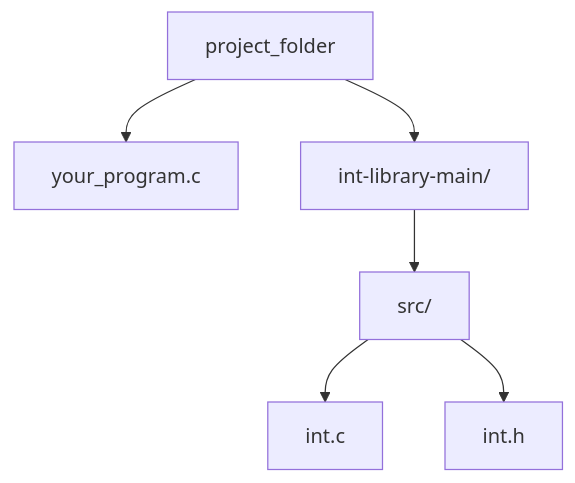
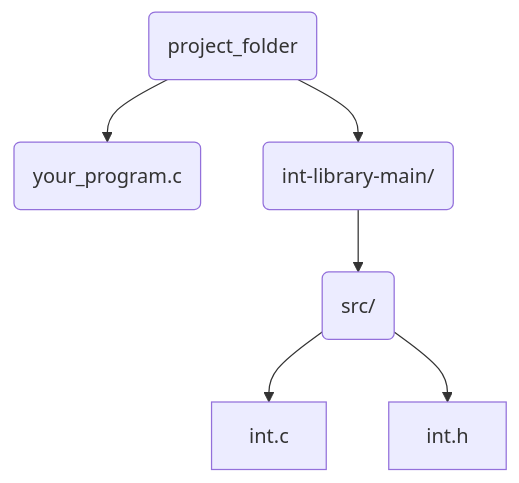
One commit to jhidalg/int-library changed the diagram in README.md. Above: the diagram before and after it, drawn with Mermaid. The commit also changed other lines of this file, not shown here.

````diff
--- a/README.md
+++ b/README.md
@@ -25,8 +37,8 @@
 ```mermaid ruby
 graph TD;
-    project_folder-->your_program.c;
-    project_folder-->int-library-main/;
-    int-library-main/-->src/;
-    src/-->int.c;
-    src/-->int.h;
+    A(project_folder)-->B(your_program.c);
+    A-->C(int-library-main/);
+    C-->D(src/);
+    D-->int.c;
+    D-->int.h;
 ```
````
